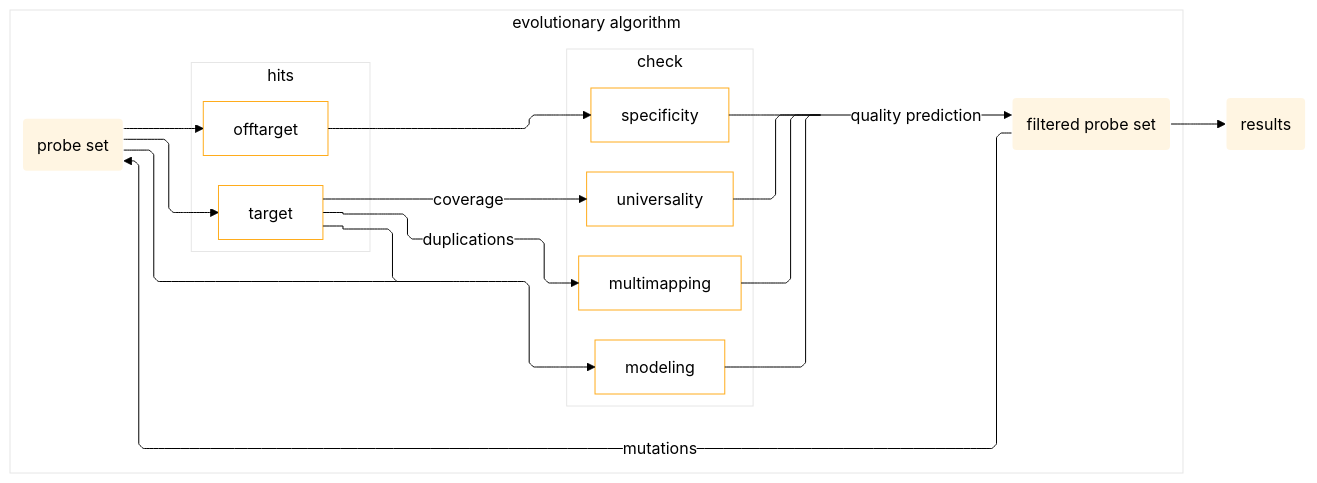
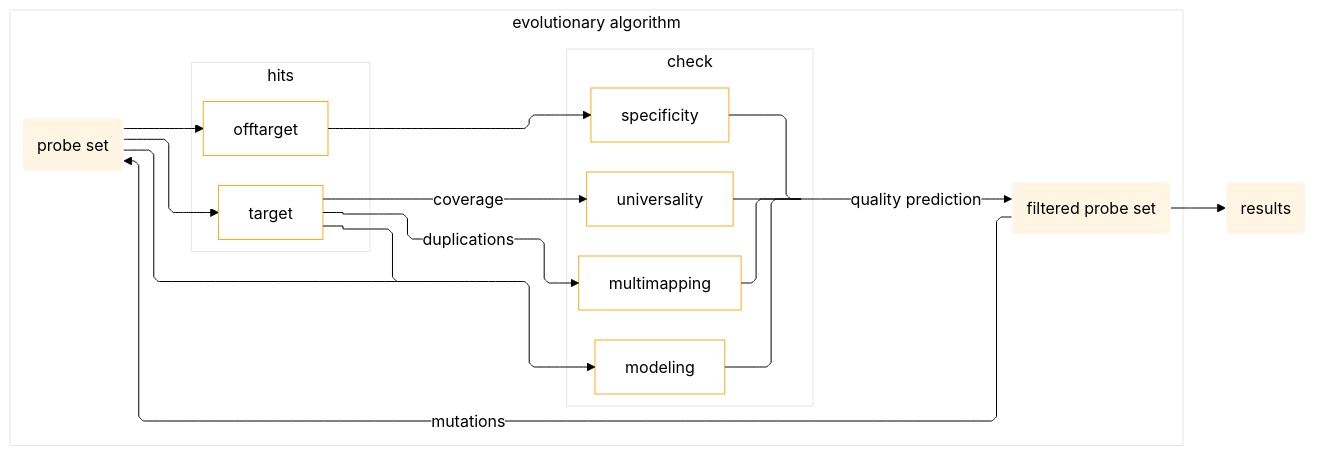
Before and after one commit to CTLab-ITMO/PROBEst: the second of 3 diagrams in README.md, drawn with Mermaid. The commit also changed other lines of this file and 3 other files, not shown here.

````diff
--- a/README.md
+++ b/README.md
@@ -192,63 +184,64 @@
 ```mermaid
 ---
 config:
   layout: elk
   look: classic
 ---
 %%{init: {
   'layout': 'elk',
   'theme': 'base',
   'themeVariables': {
     'fontFamily': 'arial',
     'fontSize': '16px',
     'primaryColor': '#fff',
     'primaryBorderColor': '#FFAC1C',
     'primaryTextColor': '#000',
     'lineColor': '#000',
     'secondaryColor': 'white',
     'tertiaryColor': '#fff',
     'subgraphBorderStyle': 'dotted'
   },
   'flowchart': {
     'curve': 'monotoneY',
     'padding': 15
   }
 }}%%
 
 graph LR
   subgraph evolutionary algorithm
     subgraph hits
       TP
       TN
     end
 
     B(probe set):::probe --> TP[target]
     B --> TN[offtarget]
     B1 -- mutations --> B
 
     TP -- coverage --> T6[universality]
     TP -- duplications --> T7[multimapping]
     TN ---> T8[specificity]
 
     subgraph check
     T6
     T7
     T8
     M1
+    E3
     end
 
     B --- E6[ ]:::empty --> M1[modeling]
     TP --- E6
 
     M1 --- E3[ ]:::empty
     T6 --- E3
     T7 --- E3
     T8 --- E3
     E3 -- quality prediction --> B1(filtered probe set):::probe
   end
   B1 --> T11(results):::probe
 
   classDef empty width:0px,height:0px;
   classDef input fill:#90EE9020,stroke:#fff,stroke-width:2px,shape:ellipse;
   classDef probe fill:#FFAC1C20,stroke:#fff,stroke-width:2px;
 ```
````
